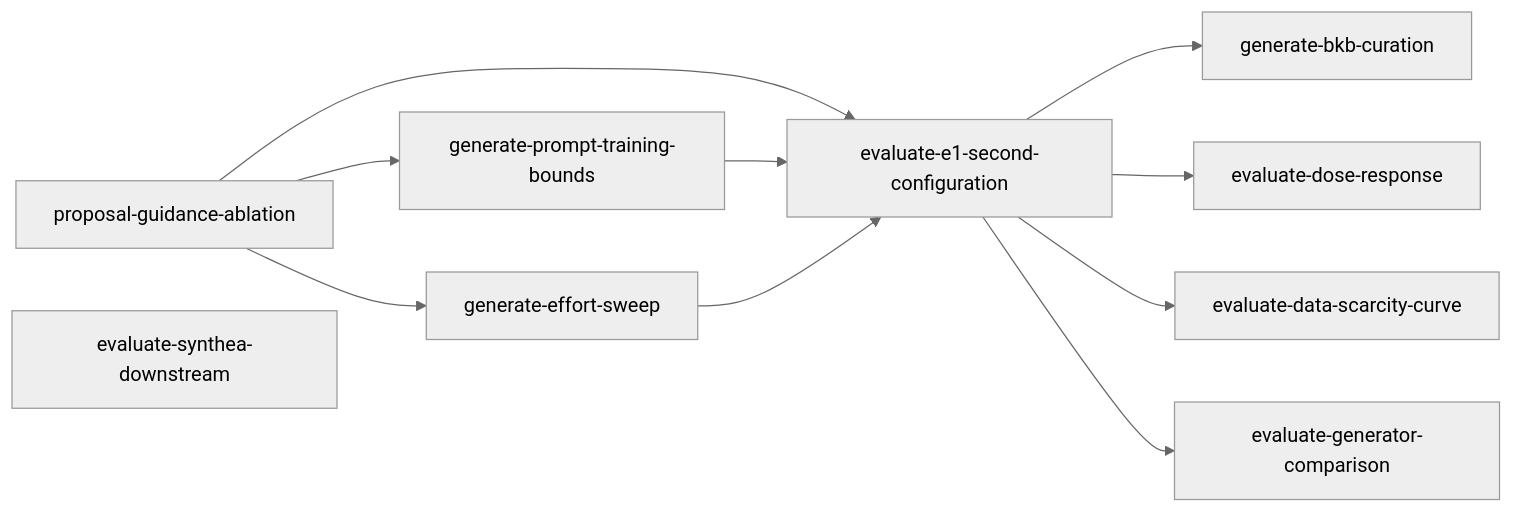
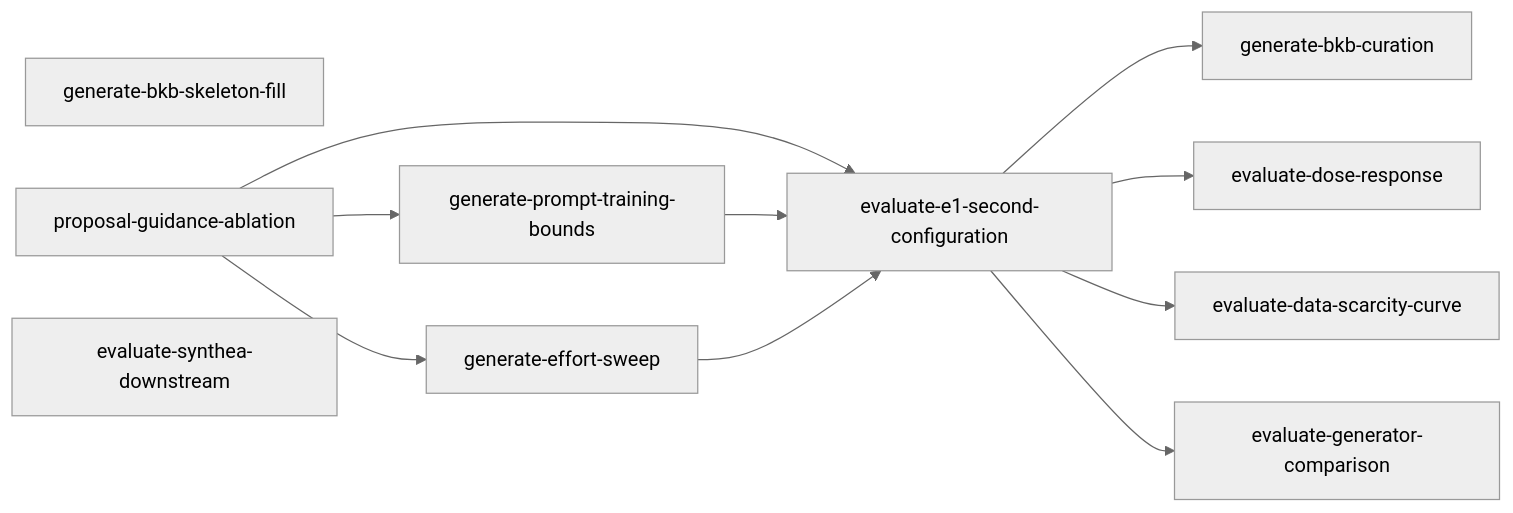
One commit to joe-dartmouth/synthetic changed the diagram in tasks/experiments-index.md. Above: the diagram before and after it, drawn with Mermaid (neutral theme). The commit also changed 6 other files, not shown here.

````diff
--- a/tasks/experiments-index.md
+++ b/tasks/experiments-index.md
@@ -37,13 +37,14 @@
 ```mermaid
 flowchart LR
+    skeleton_fill[generate-bkb-skeleton-fill]
     e1_second[evaluate-e1-second-configuration] --> bkb_curation[generate-bkb-curation]
     guidance_ablation[proposal-guidance-ablation] --> e1_second[evaluate-e1-second-configuration]
     guidance_ablation[proposal-guidance-ablation] --> prompt_bounds[generate-prompt-training-bounds]
     guidance_ablation[proposal-guidance-ablation] --> effort_sweep[generate-effort-sweep]
     prompt_bounds[generate-prompt-training-bounds] --> e1_second[evaluate-e1-second-configuration]
     effort_sweep[generate-effort-sweep] --> e1_second[evaluate-e1-second-configuration]
     e1_second[evaluate-e1-second-configuration] --> dose_response[evaluate-dose-response]
     e1_second[evaluate-e1-second-configuration] --> scarcity_curve[evaluate-data-scarcity-curve]
     e1_second[evaluate-e1-second-configuration] --> generator_comparison[evaluate-generator-comparison]
     synthea_downstream[evaluate-synthea-downstream]
 ```
````
